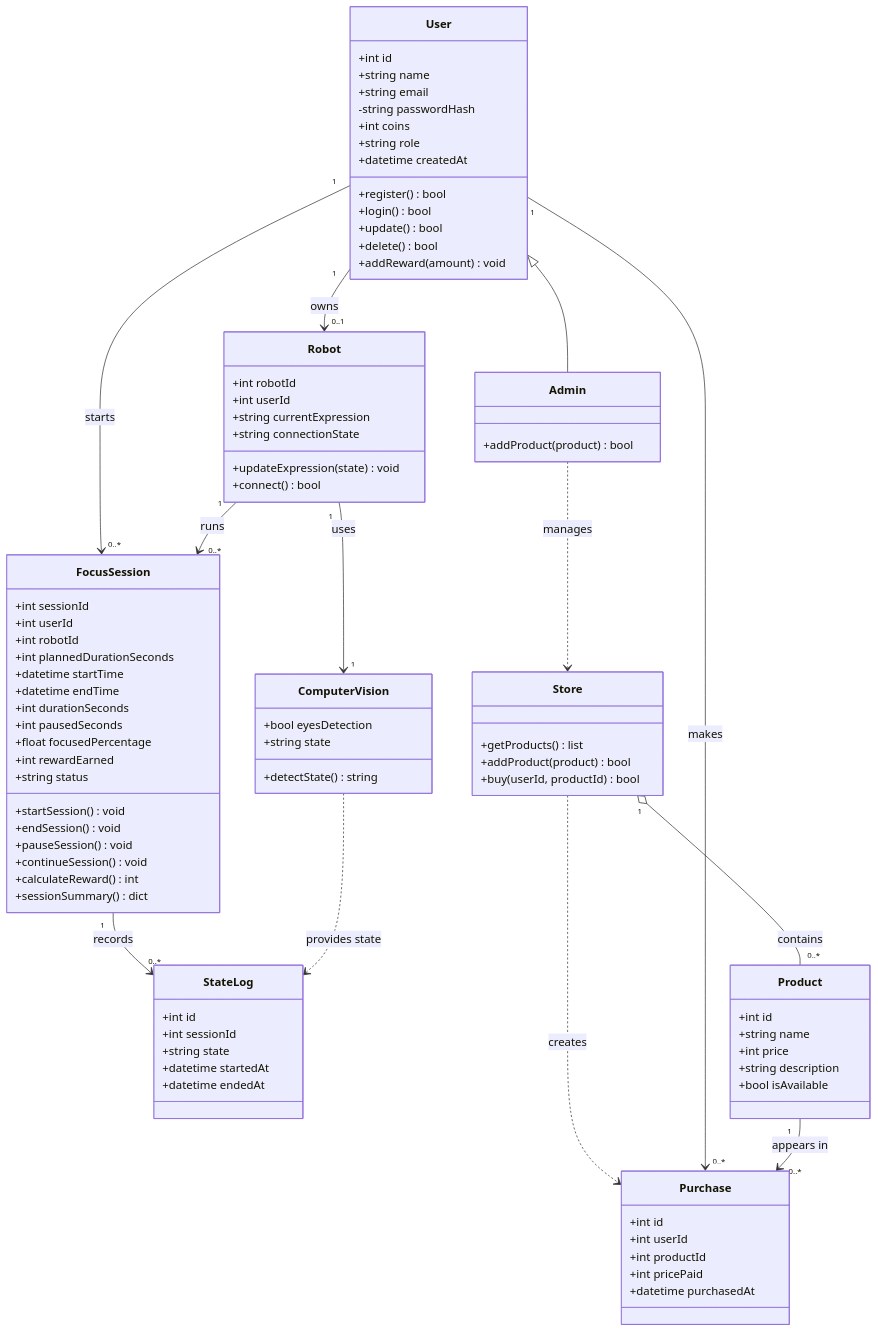
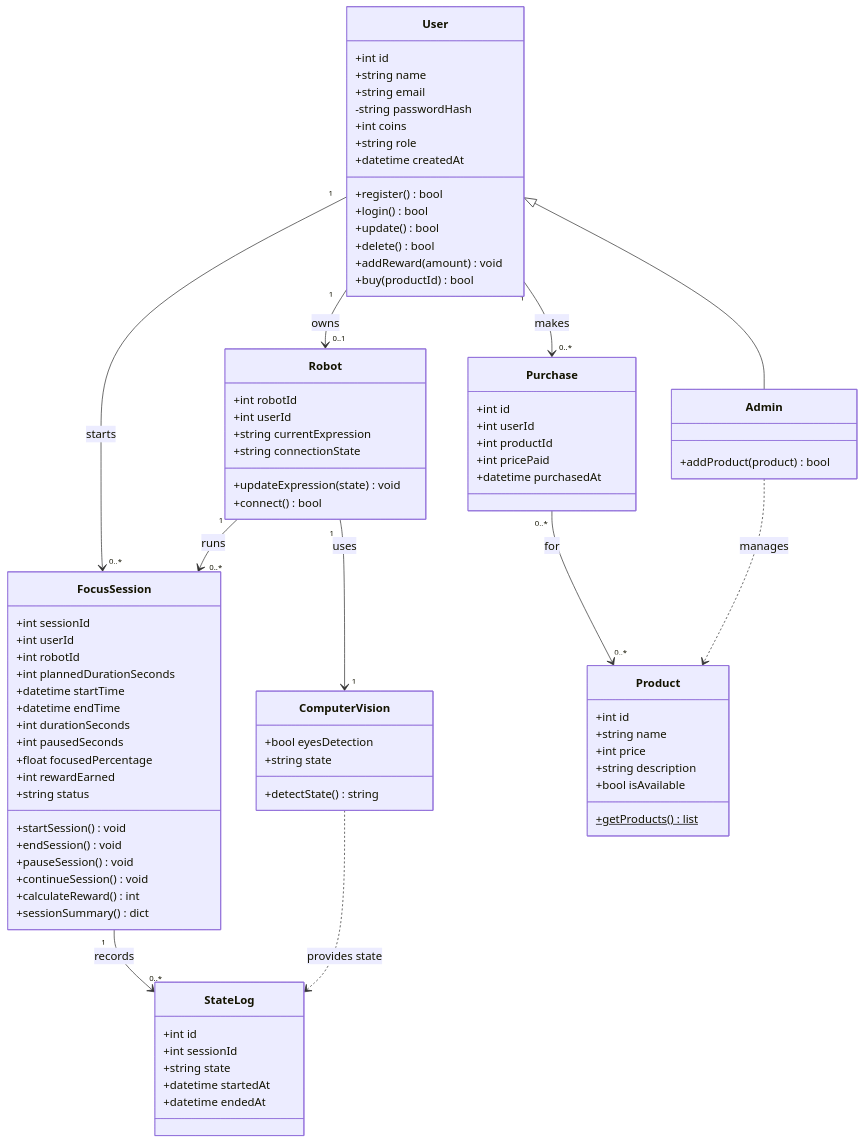
One commit to ghaid999/Kaboom changed the first of 3 diagrams in Technical Documentation (Stage 3)/README.md. Above: the diagram before and after it, drawn with Mermaid.

````diff
--- a/Technical Documentation (Stage 3)/README.md
+++ b/Technical Documentation (Stage 3)/README.md
@@ -81,6 +81,7 @@
         +update() bool
         +delete() bool
         +addReward(amount) void
+        +buy(productId) bool
     }
 
     class Admin {
@@ -136,6 +137,7 @@
         +int price
         +string description
         +bool isAvailable
+        +getProducts()$ list
     }
 
     class Purchase {
@@ -146,12 +148,6 @@
         +datetime purchasedAt
     }
 
-    class Store {
-        +getProducts() list
-        +addProduct(product) bool
-        +buy(userId, productId) bool
-    }
-
     User <|-- Admin
     User "1" --> "0..1" Robot : owns
     User "1" --> "0..*" FocusSession : starts
@@ -159,9 +155,7 @@
     FocusSession "1" --> "0..*" StateLog : records
     Robot "1" --> "1" ComputerVision : uses
     ComputerVision ..> StateLog : provides state
-    Store "1" o-- "0..*" Product : contains
-    Store ..> Purchase : creates
     User "1" --> "0..*" Purchase : makes
-    Product "1" --> "0..*" Purchase : appears in
-    Admin ..> Store : manages
+    Purchase "0..*" --> "0..*" Product : for
+    Admin ..> Product : manages
 ```
````
